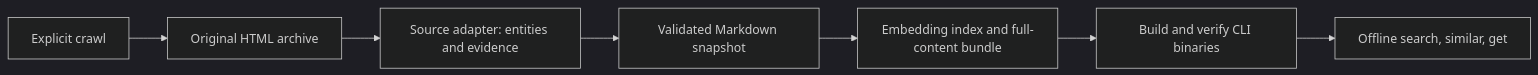
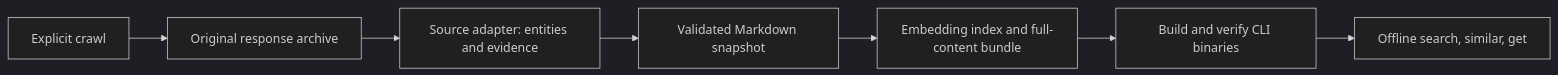
Before and after one commit to osint-builders/pipelines: the diagram in README.md, drawn with Mermaid (dark theme). The commit also changed other lines of this file and 13 other files, not shown here.

````diff
--- a/README.md
+++ b/README.md
@@ -13,9 +13,9 @@
 ```mermaid
 flowchart LR
-    A[Explicit crawl] --> B[Original HTML archive]
+    A[Explicit crawl] --> B[Original response archive]
     B --> C[Source adapter: entities and evidence]
     C --> D[Validated Markdown snapshot]
     D --> E[Embedding index and full-content bundle]
     E --> F[Build and verify CLI binaries]
     F --> G[Offline search, similar, get]
 ```
````
